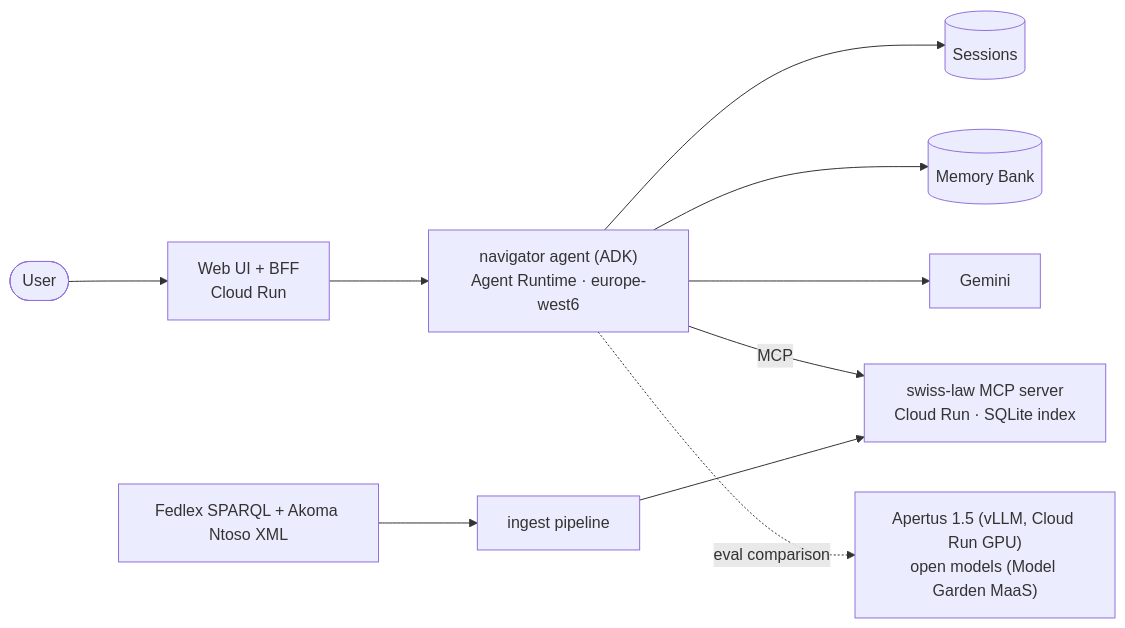
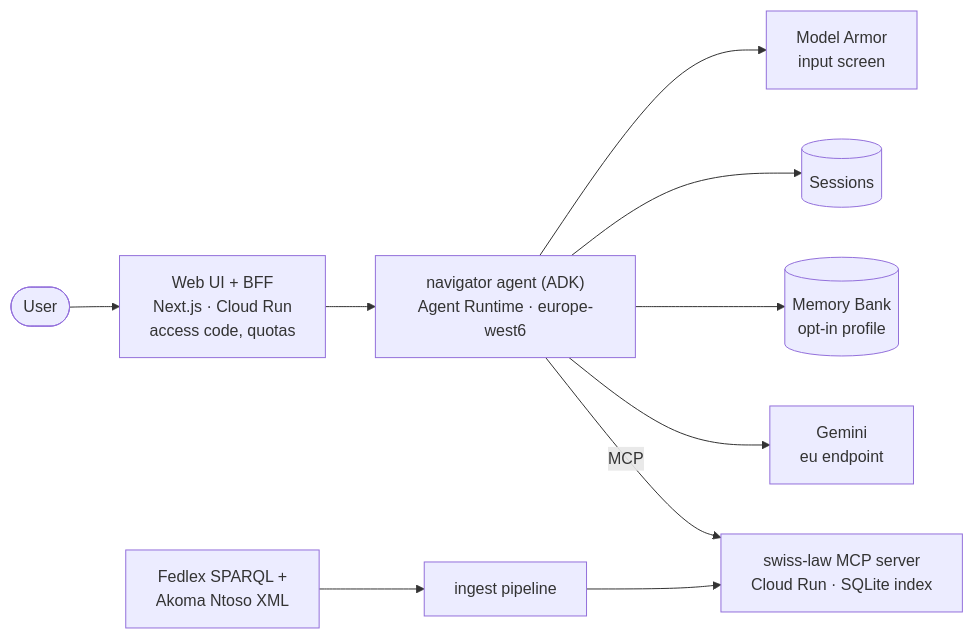
One commit to nikext/swiss-admin-navigator changed the diagram in README.md. Above: the diagram before and after it, drawn with Mermaid. The commit also changed other lines of this file and 16 other files, not shown here.

````diff
--- a/README.md
+++ b/README.md
@@ -37,11 +90,11 @@
 ```mermaid
 flowchart LR
-  U([User]) --> W["Web UI + BFF<br/>Cloud Run"]
+  U([User]) --> W["Web UI + BFF<br/>Next.js · Cloud Run<br/>access code, quotas"]
   W --> A["navigator agent (ADK)<br/>Agent Runtime · europe-west6"]
+  A --> MA["Model Armor<br/>input screen"]
   A --> S[(Sessions)]
-  A --> M[(Memory Bank)]
-  A --> G[Gemini]
+  A --> M[(Memory Bank<br/>opt-in profile)]
+  A --> G["Gemini<br/>eu endpoint"]
   A -- MCP --> L["swiss-law MCP server<br/>Cloud Run · SQLite index"]
-  F[Fedlex SPARQL + Akoma Ntoso XML] --> I[ingest pipeline] --> L
-  A -. eval comparison .-> P["Apertus 1.5 (vLLM, Cloud Run GPU)<br/>open models (Model Garden MaaS)"]
+  F[Fedlex SPARQL +<br/>Akoma Ntoso XML] --> I[ingest pipeline] --> L
 ```
````
